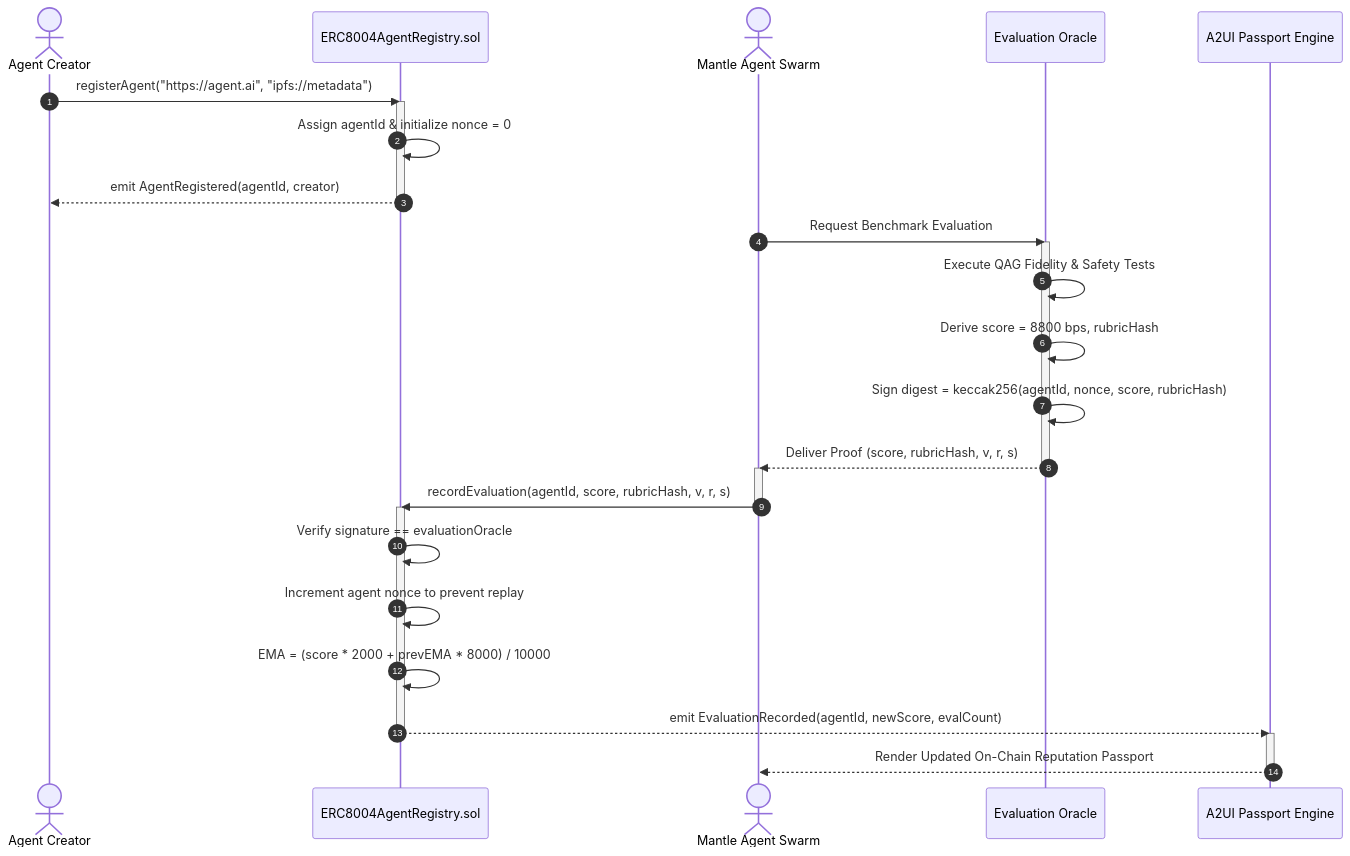
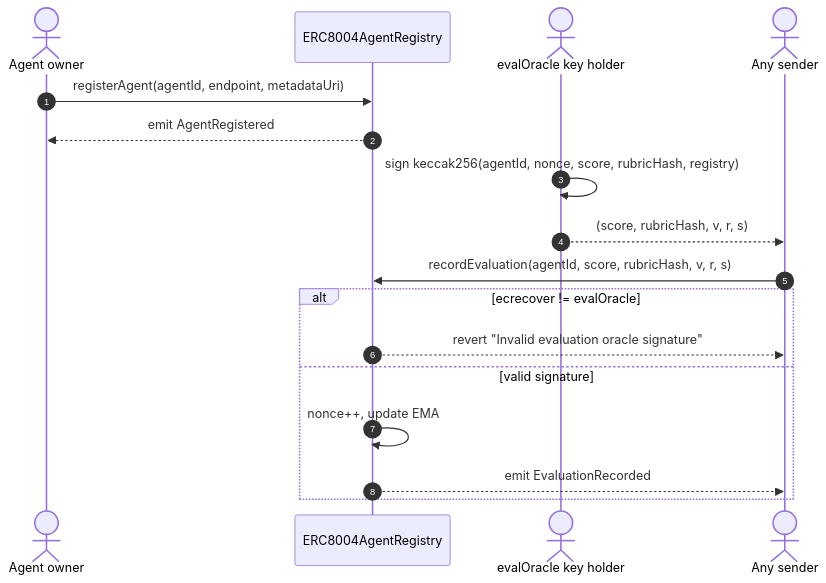
One commit to manderson240/erc8004-agent-reputation changed the first of 2 diagrams in README.md. Above: the diagram before and after it, drawn with Mermaid. The commit also changed other lines of this file and 2 other files, not shown here.

````diff
--- a/README.md
+++ b/README.md
@@ -80,38 +75,22 @@
 ```mermaid
 sequenceDiagram
     autonumber
-    actor Creator as Agent Creator
-    participant Registry as ERC8004AgentRegistry.sol
-    actor Swarm as Mantle Agent Swarm
-    participant Oracle as Evaluation Oracle
-    participant A2UI as A2UI Passport Engine
+    actor Owner as Agent owner
+    participant Registry as ERC8004AgentRegistry
+    actor Oracle as evalOracle key holder
+    actor Sender as Any sender
 
-    Creator->>Registry: registerAgent("https://agent.ai", "ipfs://metadata")
-    activate Registry
-    Registry->>Registry: Assign agentId & initialize nonce = 0
-    Registry-->>Creator: emit AgentRegistered(agentId, creator)
-    deactivate Registry
+    Owner->>Registry: registerAgent(agentId, endpoint, metadataUri)
+    Registry-->>Owner: emit AgentRegistered
 
-    Swarm->>Oracle: Request Benchmark Evaluation
-    activate Oracle
-    Oracle->>Oracle: Execute QAG Fidelity & Safety Tests
-    Oracle->>Oracle: Derive score = 8800 bps, rubricHash
-    Oracle->>Oracle: Sign digest = keccak256(agentId, nonce, score, rubricHash)
-    Oracle-->>Swarm: Deliver Proof (score, rubricHash, v, r, s)
-    deactivate Oracle
+    Oracle->>Oracle: sign keccak256(agentId, nonce, score, rubricHash, registry)
+    Oracle-->>Sender: (score, rubricHash, v, r, s)
 
-    activate Swarm
-    Swarm->>Registry: recordEvaluation(agentId, score, rubricHash, v, r, s)
-    deactivate Swarm
-    activate Registry
-
-    Registry->>Registry: Verify signature == evaluationOracle
-    Registry->>Registry: Increment agent nonce to prevent replay
-    Registry->>Registry: EMA = (score * 2000 + prevEMA * 8000) / 10000
-    Registry-->>A2UI: emit EvaluationRecorded(agentId, newScore, evalCount)
-    deactivate Registry
-
-    activate A2UI
-    A2UI-->>Swarm: Render Updated On-Chain Reputation Passport
-    deactivate A2UI
+    Sender->>Registry: recordEvaluation(agentId, score, rubricHash, v, r, s)
+    alt ecrecover != evalOracle
+        Registry-->>Sender: revert "Invalid evaluation oracle signature"
+    else valid signature
+        Registry->>Registry: nonce++, update EMA
+        Registry-->>Sender: emit EvaluationRecorded
+    end
 ```
````
